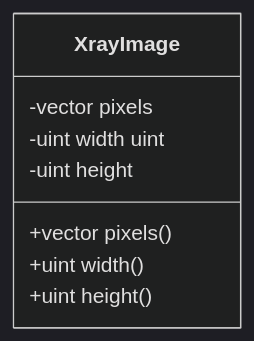
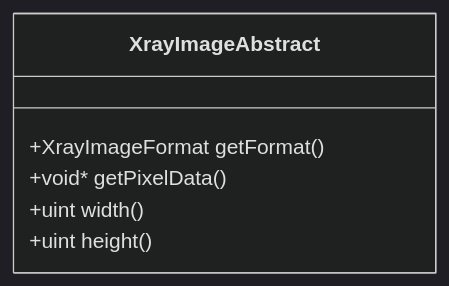
The first of 5 diagrams in doc/architecture.md (fluentux/x-ray-image-enhancer), drawn with Mermaid (dark theme) before and after one commit. The commit also changed other lines of this file and 23 other files, not shown here.

````diff
--- a/doc/architecture.md
+++ b/doc/architecture.md
@@ -18,11 +22,9 @@
 ```mermaid
 classDiagram
-  class XrayImage {
-    +vector<GrayPixel> pixels()
+  class XrayImageAbstract {
+    +XrayImageFormat getFormat()
+    +void* getPixelData()
     +uint width()
     +uint height()
-    -vector<GrayPixel> pixels
-    -uint width uint
-    -uint height
   }
 ```
````
